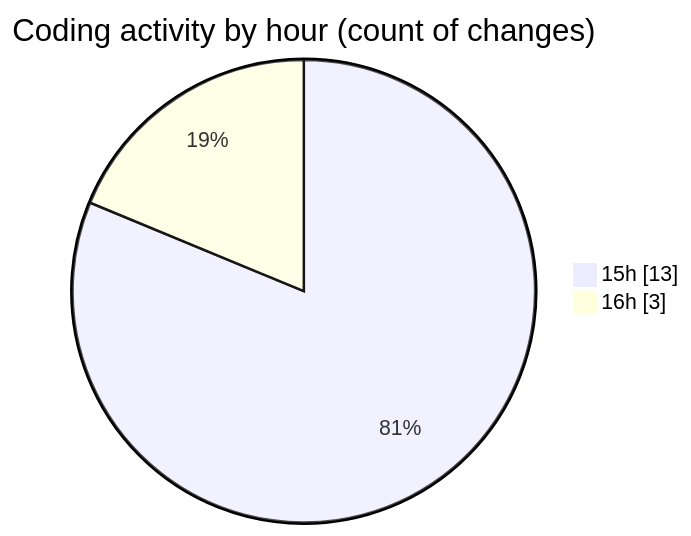
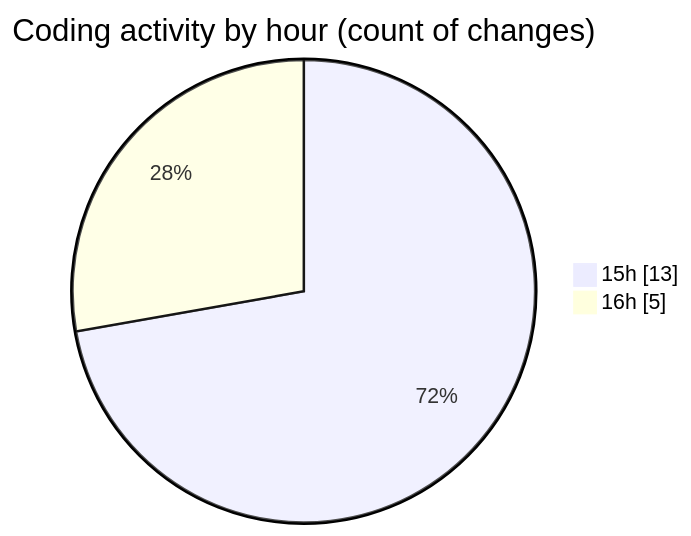
The second of 2 diagrams in 2025-10-14/eventscop-api-guide__workspace_/README.md (julien-gomy/code-tracking), drawn with Mermaid before and after one commit. The commit also changed other lines of this file and 1 other file, not shown here.

````diff
--- a/2025-10-14/eventscop-api-guide__workspace_/README.md
+++ b/2025-10-14/eventscop-api-guide__workspace_/README.md
@@ -30,6 +31,6 @@
 ```mermaid
 pie showData
 title Coding activity by hour (count of changes)
 "15h" : 13
-"16h" : 3
+"16h" : 5
 ```
````
